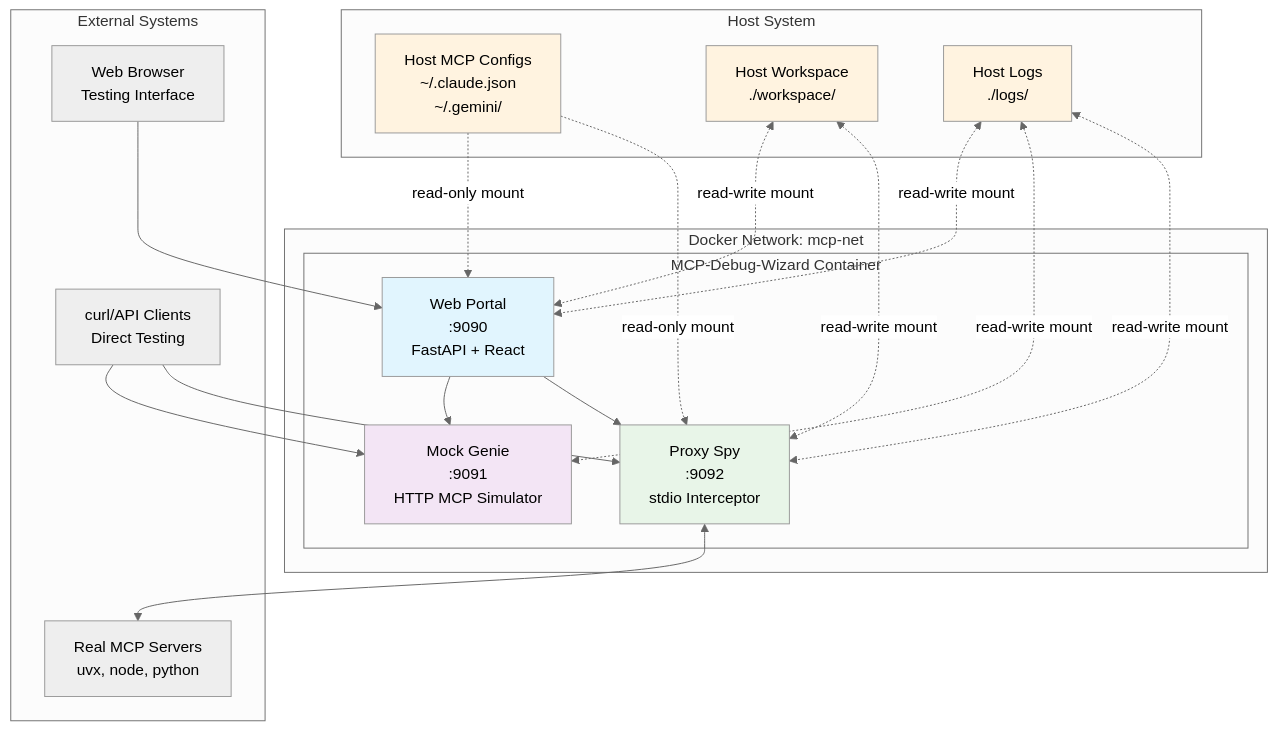
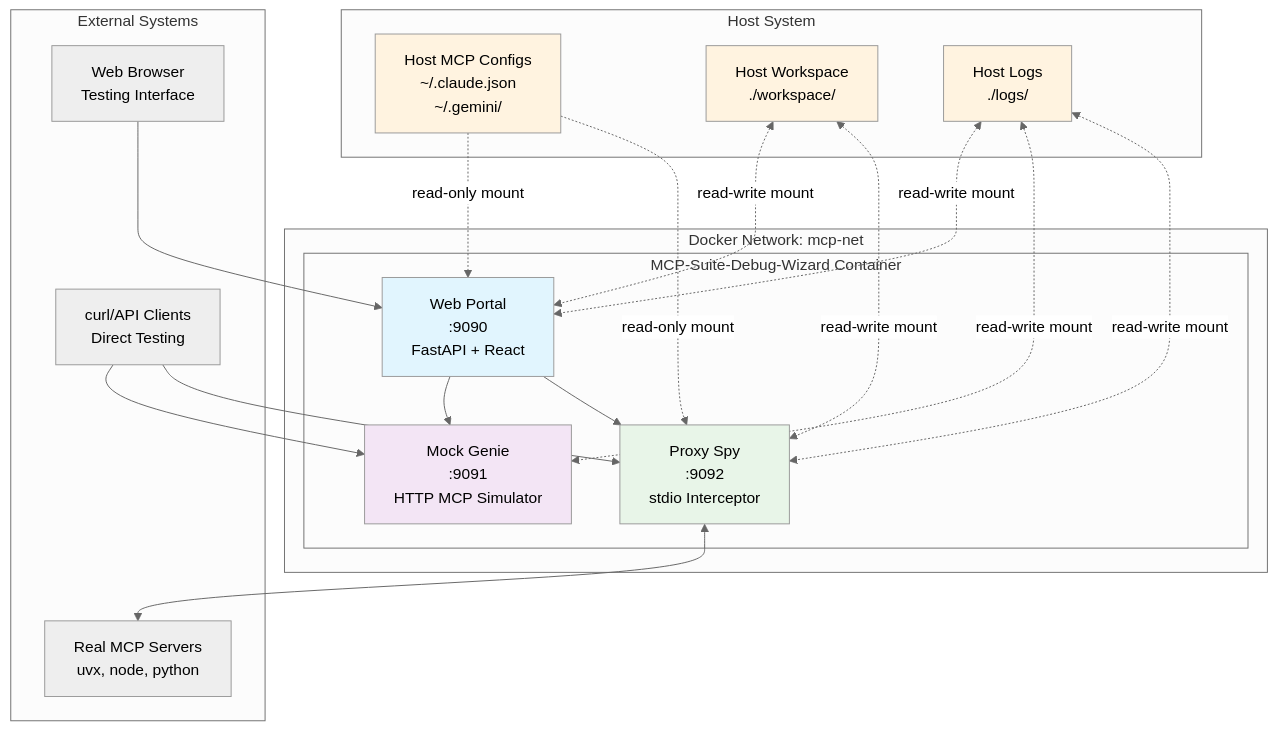
The first of 4 diagrams in docs/architecture/overview.md (llm-case-studies/MCP_Testing_Tools), drawn with Mermaid (neutral theme) before and after one commit. The commit also changed 30 other files, not shown here.

````diff
--- a/docs/architecture/overview.md
+++ b/docs/architecture/overview.md
@@ -33,44 +33,44 @@
 ```mermaid
 graph TB
     subgraph "Host System"
         HC[Host MCP Configs<br/>~/.claude.json<br/>~/.gemini/]
         HW[Host Workspace<br/>./workspace/]
         HL[Host Logs<br/>./logs/]
     end
 
     subgraph "Docker Network: mcp-net"
-        subgraph "MCP-Debug-Wizard Container"
+        subgraph "MCP-Suite-Debug-Wizard Container"
             WP[Web Portal<br/>:9090<br/>FastAPI + React]
             MG[Mock Genie<br/>:9091<br/>HTTP MCP Simulator]
             PS[Proxy Spy<br/>:9092<br/>stdio Interceptor]
         end
     end
 
     subgraph "External Systems"
         RMCP[Real MCP Servers<br/>uvx, node, python]
         WB[Web Browser<br/>Testing Interface]
         CURL[curl/API Clients<br/>Direct Testing]
     end
 
     HC -.->|read-only mount| WP
     HC -.->|read-only mount| PS
     HW <-.->|read-write mount| WP
     HW <-.->|read-write mount| PS
     HL <-.->|read-write mount| WP
     HL <-.->|read-write mount| MG
     HL <-.->|read-write mount| PS
 
     WB --> WP
     CURL --> MG
     CURL --> PS
     WP --> MG
     WP --> PS
     PS <--> RMCP
 
     style WP fill:#e1f5fe
     style MG fill:#f3e5f5
     style PS fill:#e8f5e8
     style HC fill:#fff3e0
     style HW fill:#fff3e0
     style HL fill:#fff3e0
 ```
````
